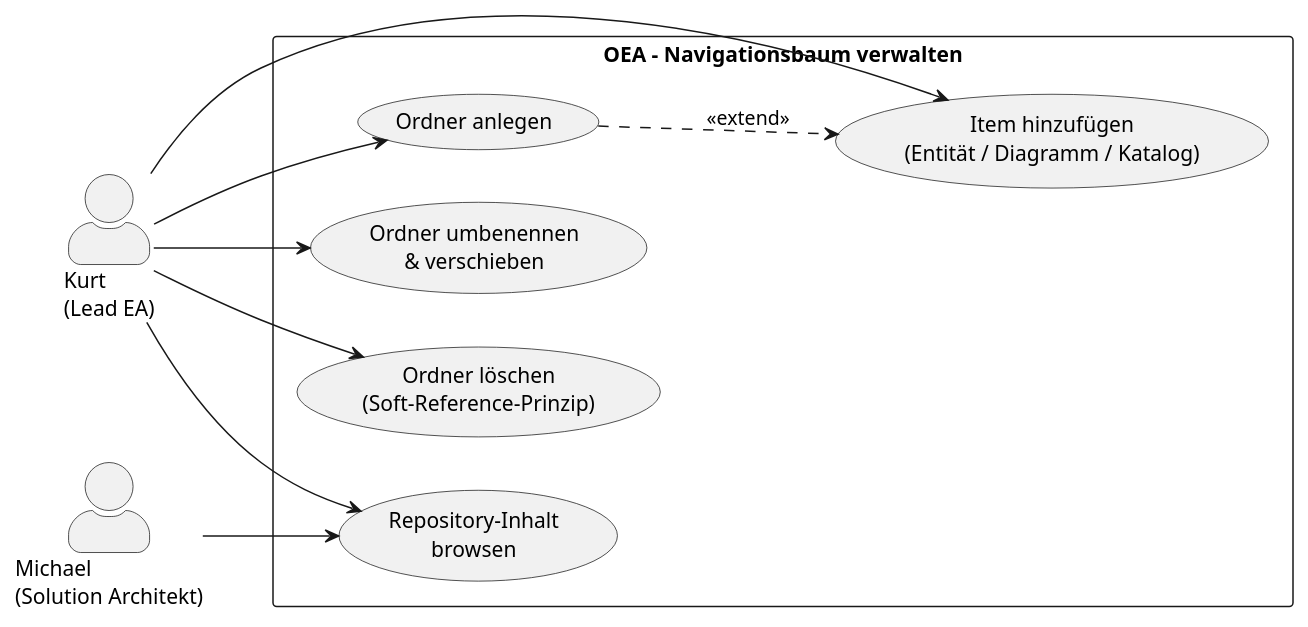
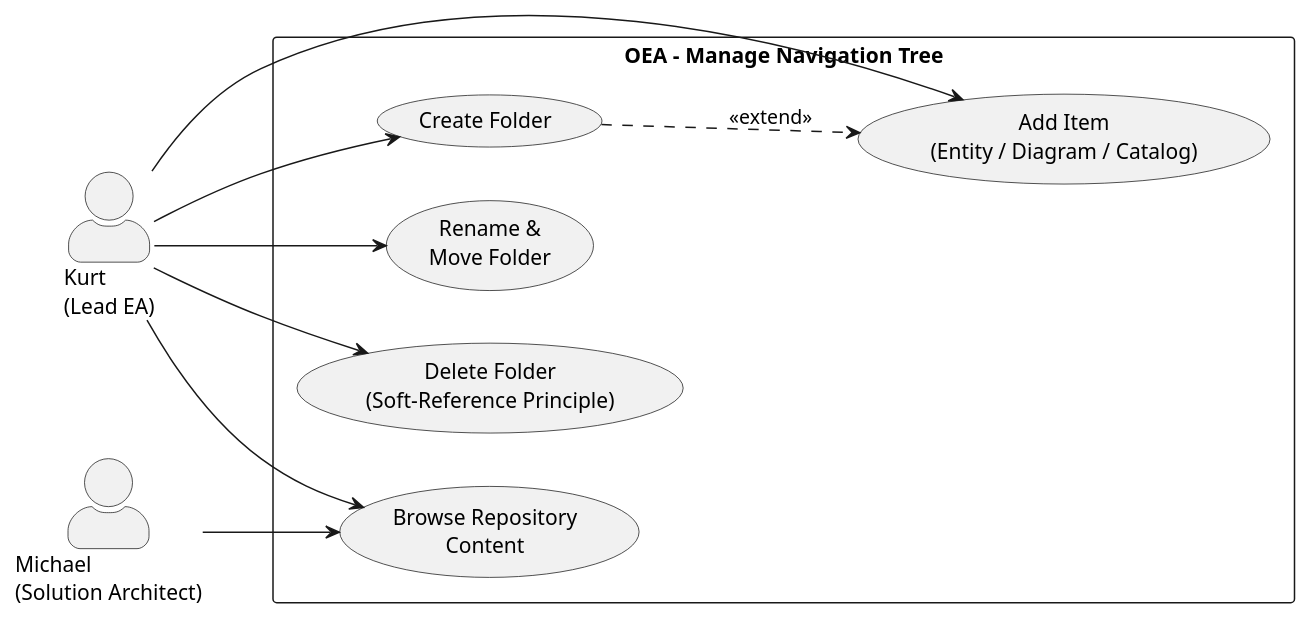
Before and after one commit to open-enterprise-architecture/OEA: the diagram in requirements/use-cases/UC-13-manage-navigation-tree.md, drawn with PlantUML. The commit also changed other lines of this file and 630 other files, not shown here.

````diff
--- a/requirements/use-cases/UC-13-manage-navigation-tree.md
+++ b/requirements/use-cases/UC-13-manage-navigation-tree.md
@@ -35,26 +35,26 @@
 ```plantuml
-@startuml UC-13-Navigationsbaum
+@startuml UC-13-NavigationTree
 left to right direction
 skinparam actorStyle awesome
 
 actor "Kurt\n(Lead EA)" as Kurt
-actor "Michael\n(Solution Architekt)" as Michael
+actor "Michael\n(Solution Architect)" as Michael
 
-rectangle "OEA – Navigationsbaum verwalten" {
-  usecase "Ordner anlegen" as UC_Folder
-  usecase "Item hinzufügen\n(Entität / Diagramm / Katalog)" as UC_Item
-  usecase "Ordner umbenennen\n& verschieben" as UC_Rename
-  usecase "Ordner löschen\n(Soft-Reference-Prinzip)" as UC_Delete
-  usecase "Repository-Inhalt\nbrowsen" as UC_Browse
+rectangle "OEA – Manage Navigation Tree" {
+  usecase "Create Folder" as UC_Folder
+  usecase "Add Item\n(Entity / Diagram / Catalog)" as UC_Item
+  usecase "Rename &\nMove Folder" as UC_Rename
+  usecase "Delete Folder\n(Soft-Reference Principle)" as UC_Delete
+  usecase "Browse Repository\nContent" as UC_Browse
 }
 
 Kurt --> UC_Folder
 Kurt --> UC_Item
 Kurt --> UC_Rename
 Kurt --> UC_Delete
 Kurt --> UC_Browse
 Michael --> UC_Browse
 
 UC_Folder ..> UC_Item : <<extend>>
 @enduml
 ```
````
